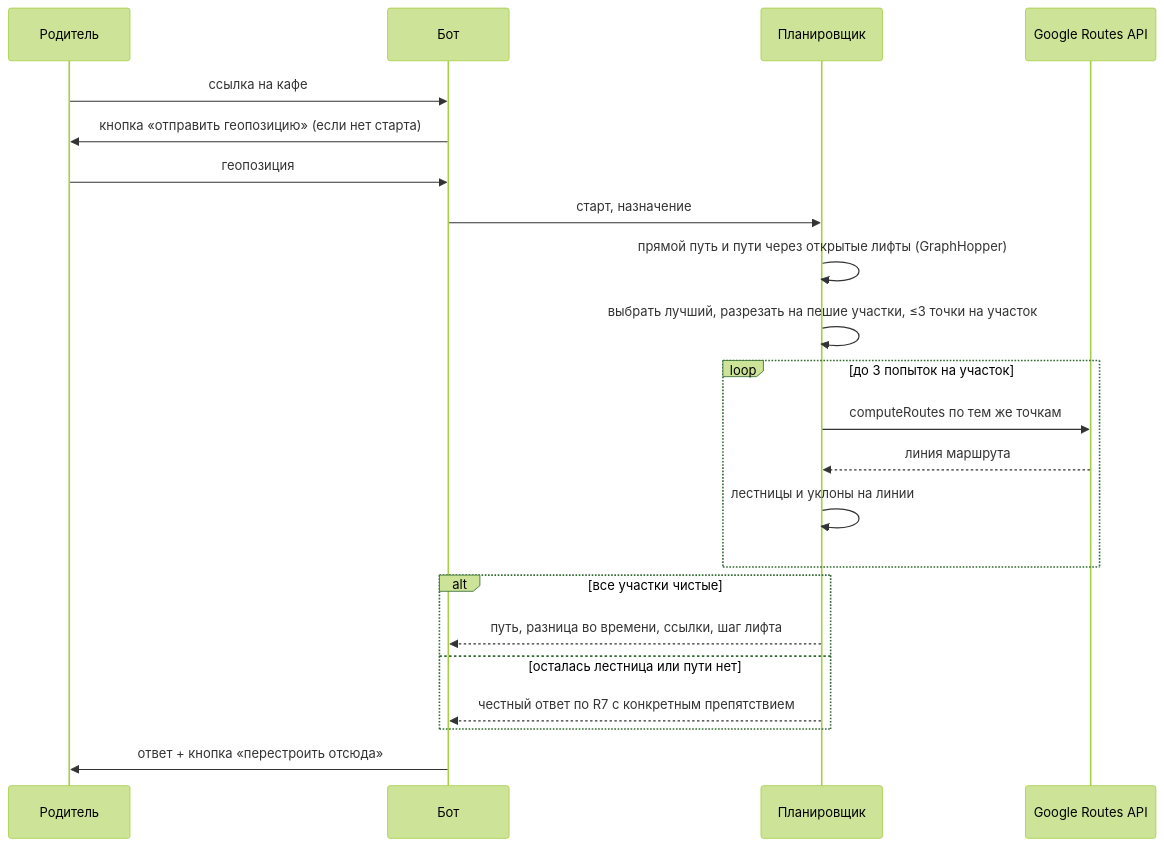
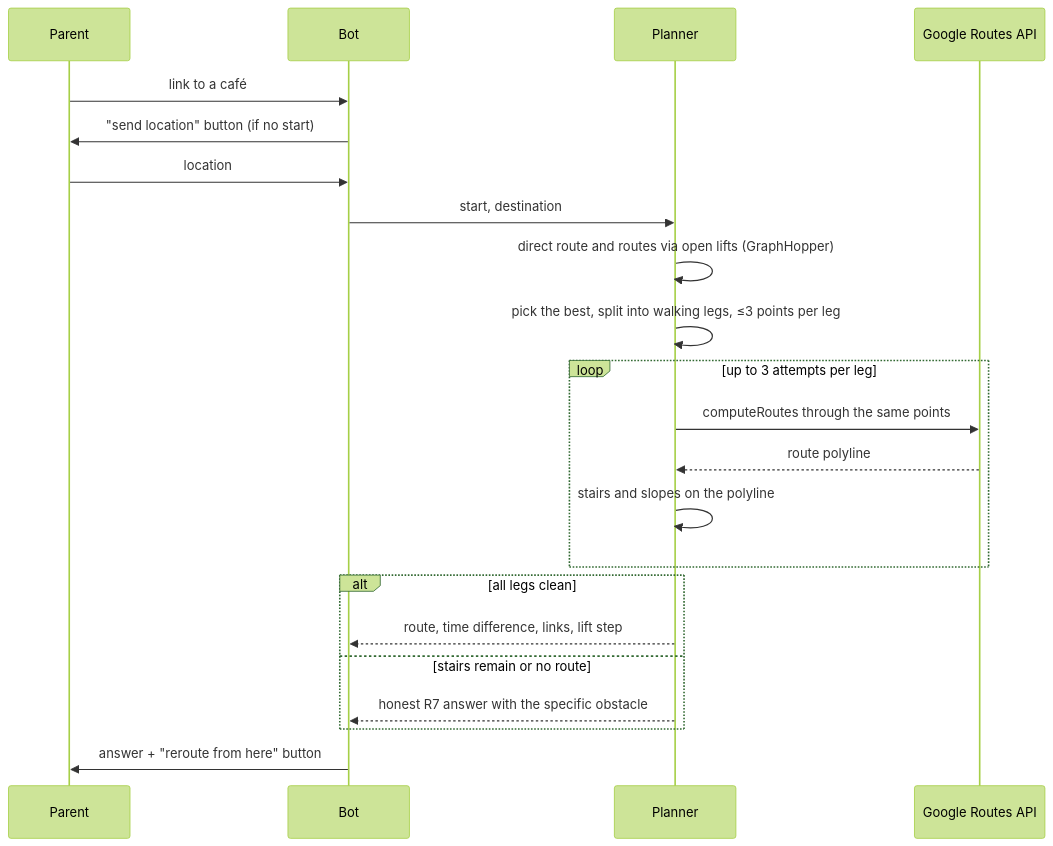
Before and after one commit to ivletunovskaya/stroller-routes-lisbon: the second of 2 diagrams in docs/plans/2026-11-17-1612-feat-stroller-routes-lisbon-plan.md, drawn with Mermaid (forest theme). The commit also changed other lines of this file and 1 other file, not shown here.

````diff
--- a/docs/plans/2026-11-17-1612-feat-stroller-routes-lisbon-plan.md
+++ b/docs/plans/2026-11-17-1612-feat-stroller-routes-lisbon-plan.md
@@ -211,24 +211,24 @@
 ```mermaid
 sequenceDiagram
-  participant P as Родитель
-  participant B as Бот
-  participant R as Планировщик
+  participant P as Parent
+  participant B as Bot
+  participant R as Planner
   participant G as Google Routes API
-  P->>B: ссылка на кафе
-  B->>P: кнопка «отправить геопозицию» (если нет старта)
-  P->>B: геопозиция
-  B->>R: старт, назначение
-  R->>R: прямой путь и пути через открытые лифты (GraphHopper)
-  R->>R: выбрать лучший, разрезать на пешие участки, ≤3 точки на участок
-  loop до 3 попыток на участок
-    R->>G: computeRoutes по тем же точкам
-    G-->>R: линия маршрута
-    R->>R: лестницы и уклоны на линии
+  P->>B: link to a café
+  B->>P: "send location" button (if no start)
+  P->>B: location
+  B->>R: start, destination
+  R->>R: direct route and routes via open lifts (GraphHopper)
+  R->>R: pick the best, split into walking legs, ≤3 points per leg
+  loop up to 3 attempts per leg
+    R->>G: computeRoutes through the same points
+    G-->>R: route polyline
+    R->>R: stairs and slopes on the polyline
   end
-  alt все участки чистые
-    R-->>B: путь, разница во времени, ссылки, шаг лифта
-  else осталась лестница или пути нет
-    R-->>B: честный ответ по R7 с конкретным препятствием
+  alt all legs clean
+    R-->>B: route, time difference, links, lift step
+  else stairs remain or no route
+    R-->>B: honest R7 answer with the specific obstacle
   end
-  B->>P: ответ + кнопка «перестроить отсюда»
+  B->>P: answer + "reroute from here" button
 ```
````
